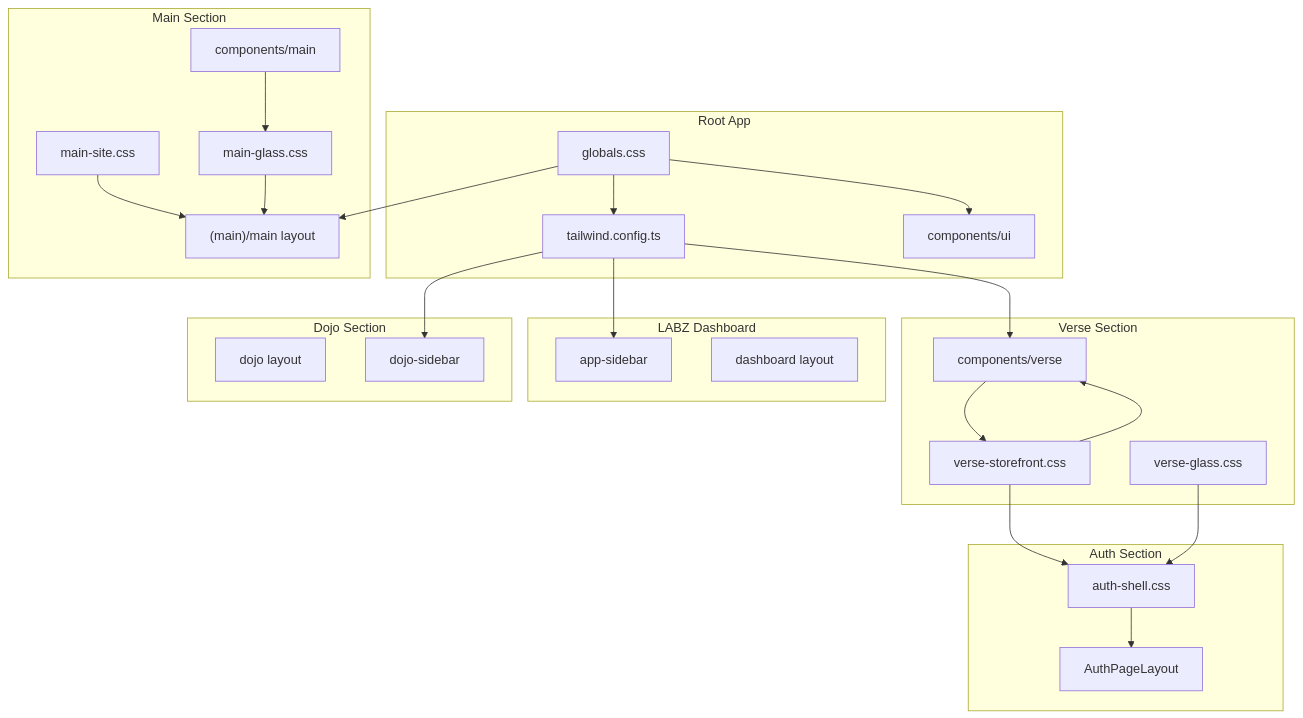
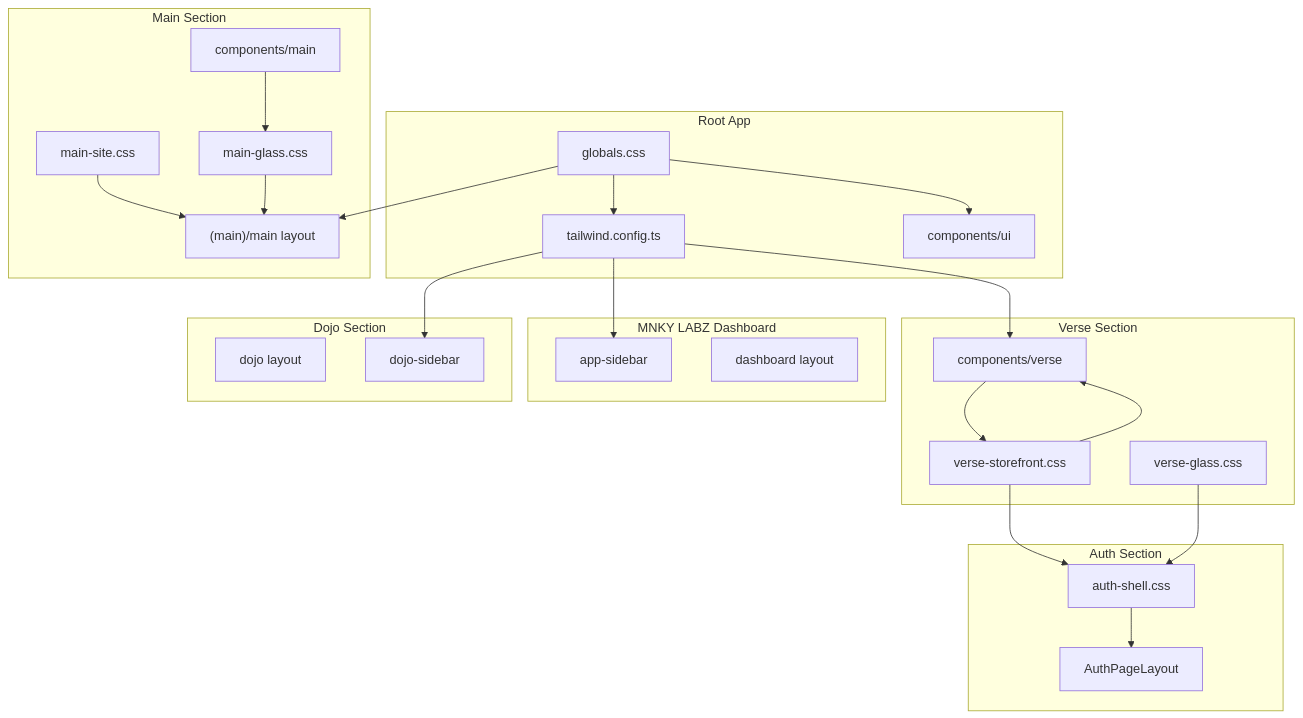
Before and after one commit to MOODMNKY-LLC/mood-mnky-command: the diagram in mnky-docs/technology-stack/design-system.mdx, drawn with Mermaid. The commit also changed other lines of this file and 61 other files, not shown here.

First line of the commit message:
docs/copy: use MNKY LABZ for product name where LABZ was used alone

````diff
--- a/mnky-docs/technology-stack/design-system.mdx
+++ b/mnky-docs/technology-stack/design-system.mdx
@@ -19,45 +19,45 @@
 ```mermaid
 flowchart TB
     subgraph Root [Root App]
         globals[globals.css]
         tailwind[tailwind.config.ts]
         shadcn[components/ui]
     end
     subgraph Verse [Verse Section]
         verseCss[verse-storefront.css]
         verseGlass[verse-glass.css]
         verseComps[components/verse]
     end
     subgraph Auth [Auth Section]
         authShell[auth-shell.css]
         authLayout[AuthPageLayout]
     end
-    subgraph Labz [LABZ Dashboard]
+    subgraph Labz [MNKY LABZ Dashboard]
         appSidebar[app-sidebar]
         dashboardLayout[dashboard layout]
     end
     subgraph Dojo [Dojo Section]
         dojoLayout[dojo layout]
         dojoSidebar[dojo-sidebar]
     end
     subgraph Main [Main Section]
         mainCss[main-site.css]
         mainGlass[main-glass.css]
         mainComps[components/main]
         mainLayout["(main)/main layout"]
     end
     globals --> tailwind
     globals --> mainLayout
     mainCss --> mainLayout
     mainGlass --> mainLayout
     mainComps --> mainGlass
     globals --> shadcn
     verseCss --> verseComps
     verseCss --> authShell
     verseGlass --> authShell
     verseComps --> verseCss
     tailwind --> verseComps
     tailwind --> appSidebar
     tailwind --> dojoSidebar
     authShell --> authLayout
 ```
````
